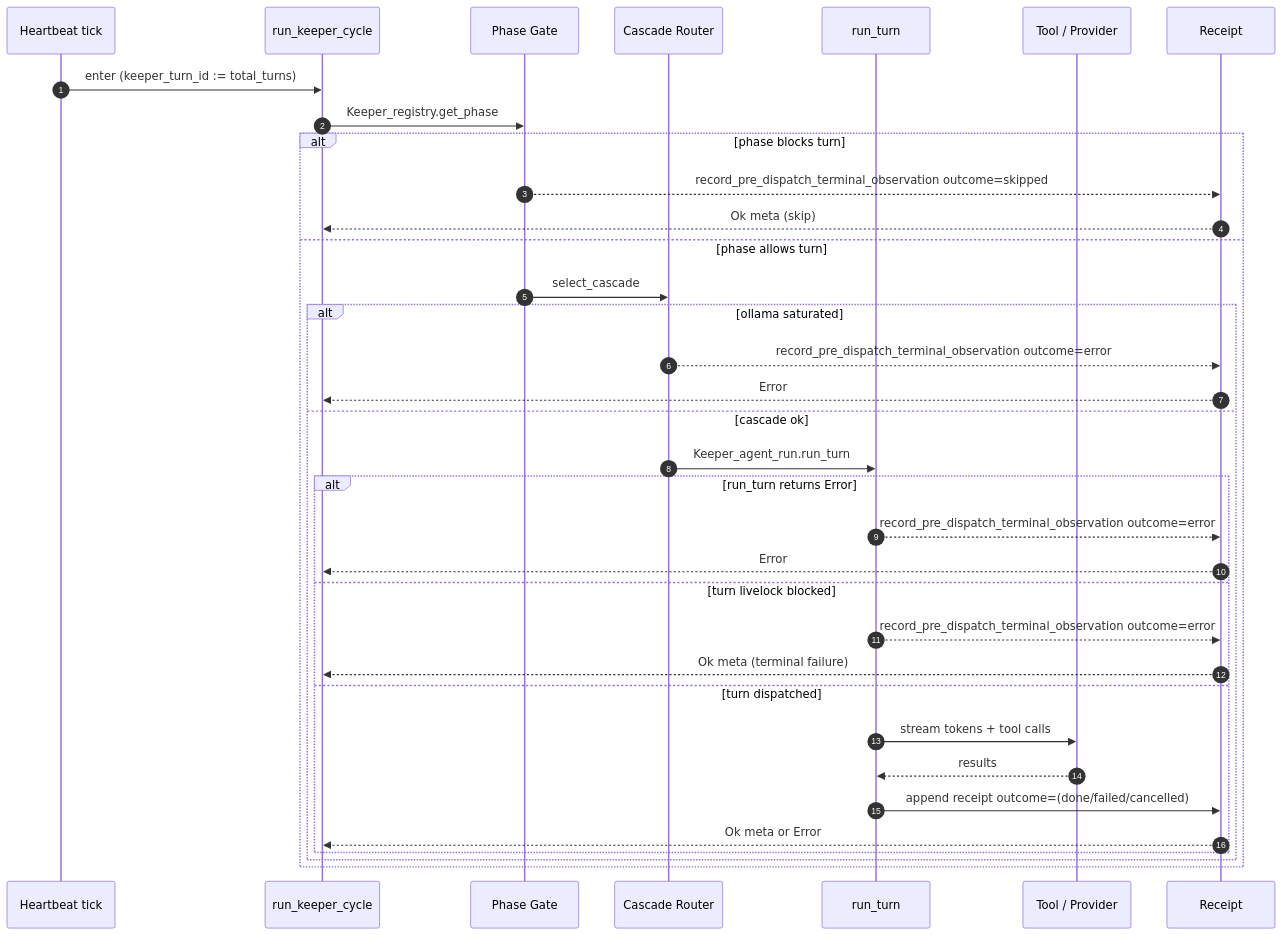
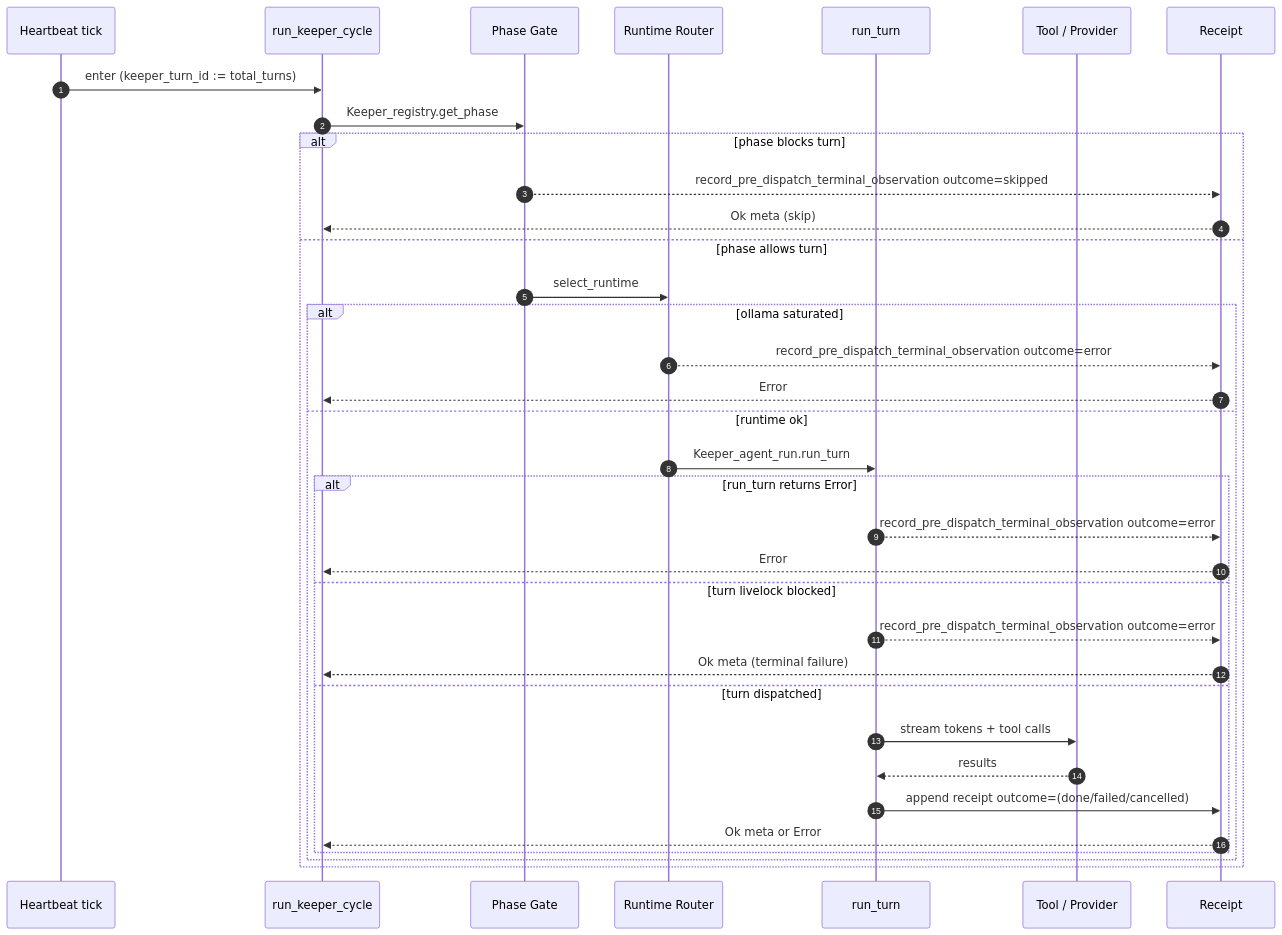
One commit to jeong-sik/masc changed the first of 5 diagrams in docs/keeper-turn-lifecycle.md. Above: the diagram before and after it, drawn with Mermaid. The commit also changed other lines of this file and 1195 other files, not shown here.

````diff
--- a/docs/keeper-turn-lifecycle.md
+++ b/docs/keeper-turn-lifecycle.md
@@ -12,38 +12,38 @@
 ```mermaid
 sequenceDiagram
     autonumber
     participant H as Heartbeat tick
     participant U as run_keeper_cycle
     participant G as Phase Gate
-    participant C as Cascade Router
+    participant C as Runtime Router
     participant A as run_turn
     participant T as Tool / Provider
     participant R as Receipt
 
     H->>U: enter (keeper_turn_id := total_turns)
     U->>G: Keeper_registry.get_phase
     alt phase blocks turn
         G-->>R: record_pre_dispatch_terminal_observation outcome=skipped
         R-->>U: Ok meta (skip)
     else phase allows turn
-        G->>C: select_cascade
+        G->>C: select_runtime
         alt ollama saturated
             C-->>R: record_pre_dispatch_terminal_observation outcome=error
             R-->>U: Error
-        else cascade ok
+        else runtime ok
             C->>A: Keeper_agent_run.run_turn
             alt run_turn returns Error
                 A-->>R: record_pre_dispatch_terminal_observation outcome=error
                 R-->>U: Error
             else turn livelock blocked
                 A-->>R: record_pre_dispatch_terminal_observation outcome=error
                 R-->>U: Ok meta (terminal failure)
             else turn dispatched
                 A->>T: stream tokens + tool calls
                 T-->>A: results
                 A->>R: append receipt outcome=(done/failed/cancelled)
                 R-->>U: Ok meta or Error
             end
         end
     end
 ```
````
